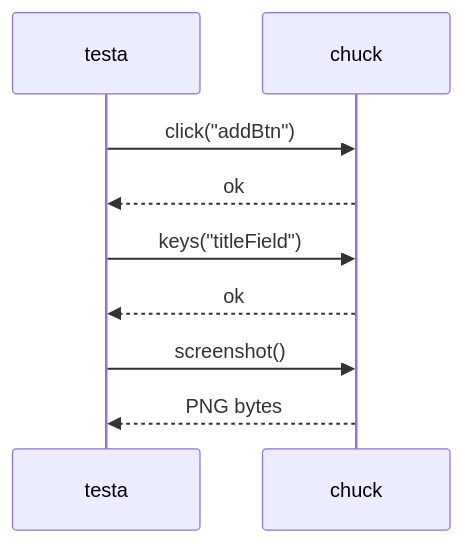
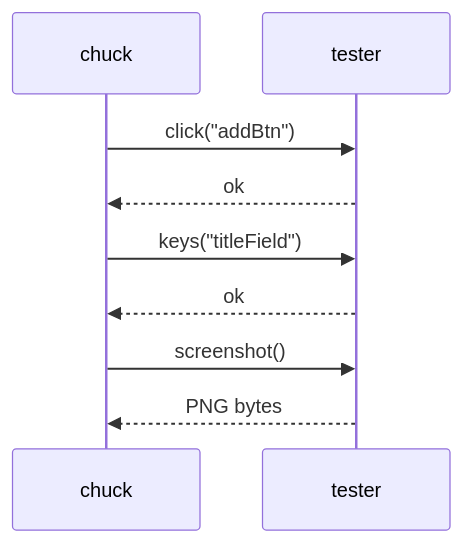
The fourth of 7 diagrams in docs/index.md (kelteseth/chuck_tester), drawn with Mermaid before and after one commit. The commit also changed other lines of this file and 91 other files, not shown here.

First line of the commit message:
Rename: chuck(C++)→tester, testa(Python)→chuck, project→chuck_tester

````diff
--- a/docs/index.md
+++ b/docs/index.md
@@ -85,9 +85,9 @@
 ```mermaid
 sequenceDiagram
-    testa->>chuck: click("addBtn")
-    chuck-->>testa: ok
-    testa->>chuck: keys("titleField")
-    chuck-->>testa: ok
-    testa->>chuck: screenshot()
-    chuck-->>testa: PNG bytes
+    chuck->>tester: click("addBtn")
+    tester-->>chuck: ok
+    chuck->>tester: keys("titleField")
+    tester-->>chuck: ok
+    chuck->>tester: screenshot()
+    tester-->>chuck: PNG bytes
 ```
````
